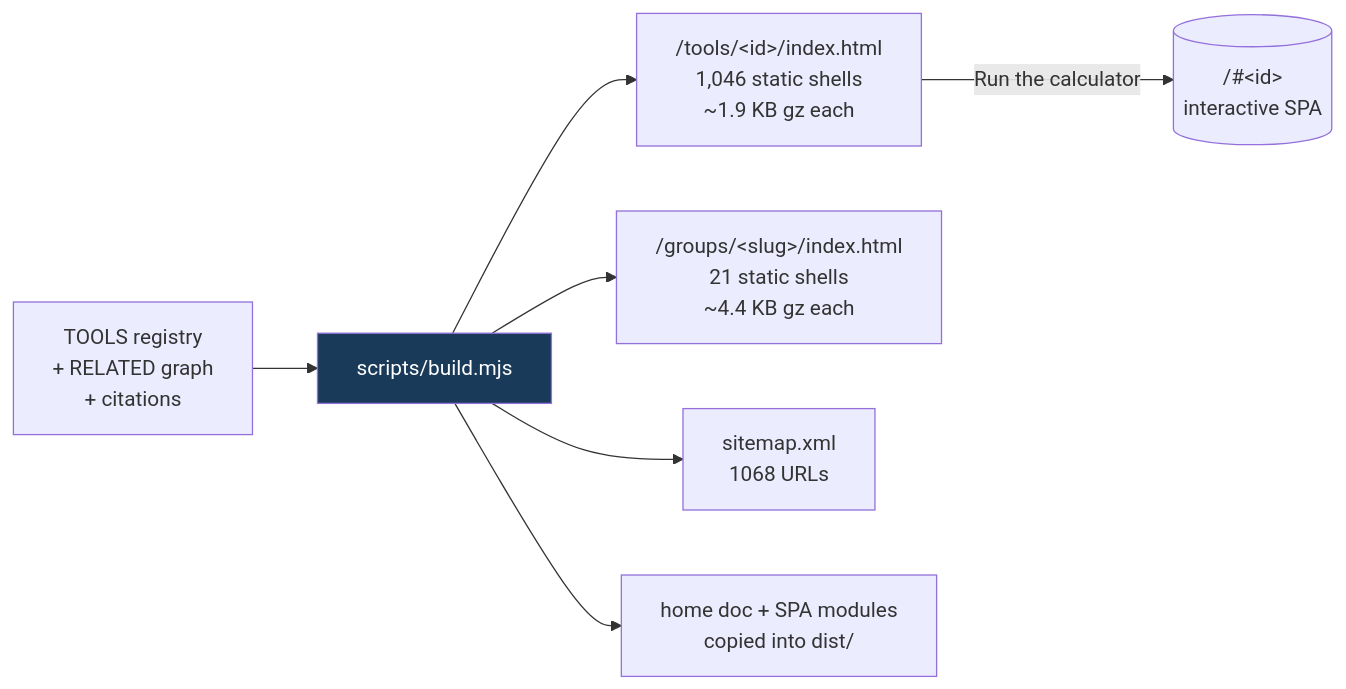
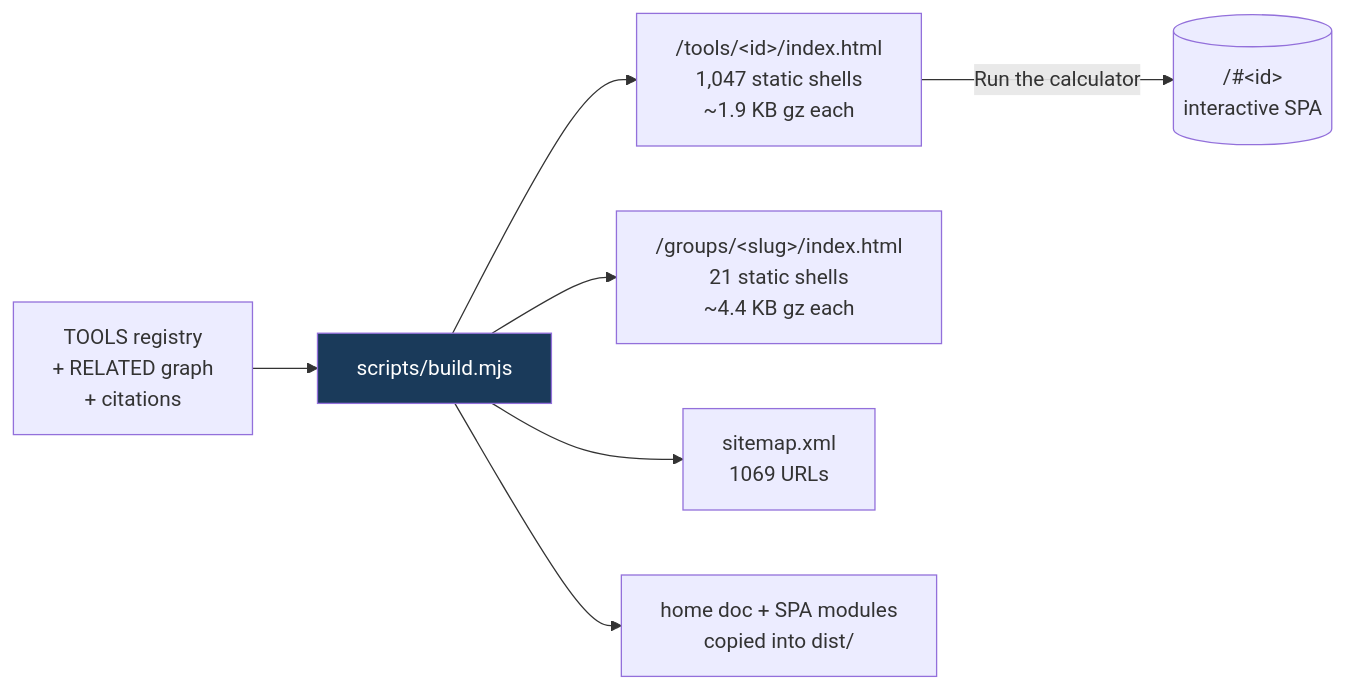
The fifth of 8 diagrams in README.md (clay-good/roughlogic.com), drawn with Mermaid before and after one commit. The commit also changed other lines of this file and 14 other files, not shown here.

````diff
--- a/README.md
+++ b/README.md
@@ -495,10 +495,10 @@
 ```mermaid
 flowchart LR
     SRC[TOOLS registry\n+ RELATED graph\n+ citations] --> BUILD[scripts/build.mjs]
-    BUILD --> TILE["/tools/&lt;id&gt;/index.html\n1,046 static shells\n~1.9 KB gz each"]
+    BUILD --> TILE["/tools/&lt;id&gt;/index.html\n1,047 static shells\n~1.9 KB gz each"]
     BUILD --> GROUP["/groups/&lt;slug&gt;/index.html\n21 static shells\n~4.4 KB gz each"]
-    BUILD --> MAP["sitemap.xml\n1068 URLs"]
+    BUILD --> MAP["sitemap.xml\n1069 URLs"]
     BUILD --> COPY[home doc + SPA modules\ncopied into dist/]
     TILE -->|Run the calculator| SPA[("/#&lt;id&gt;\ninteractive SPA")]
     style BUILD fill:#1a3a5a,color:#fff
 ```
````
